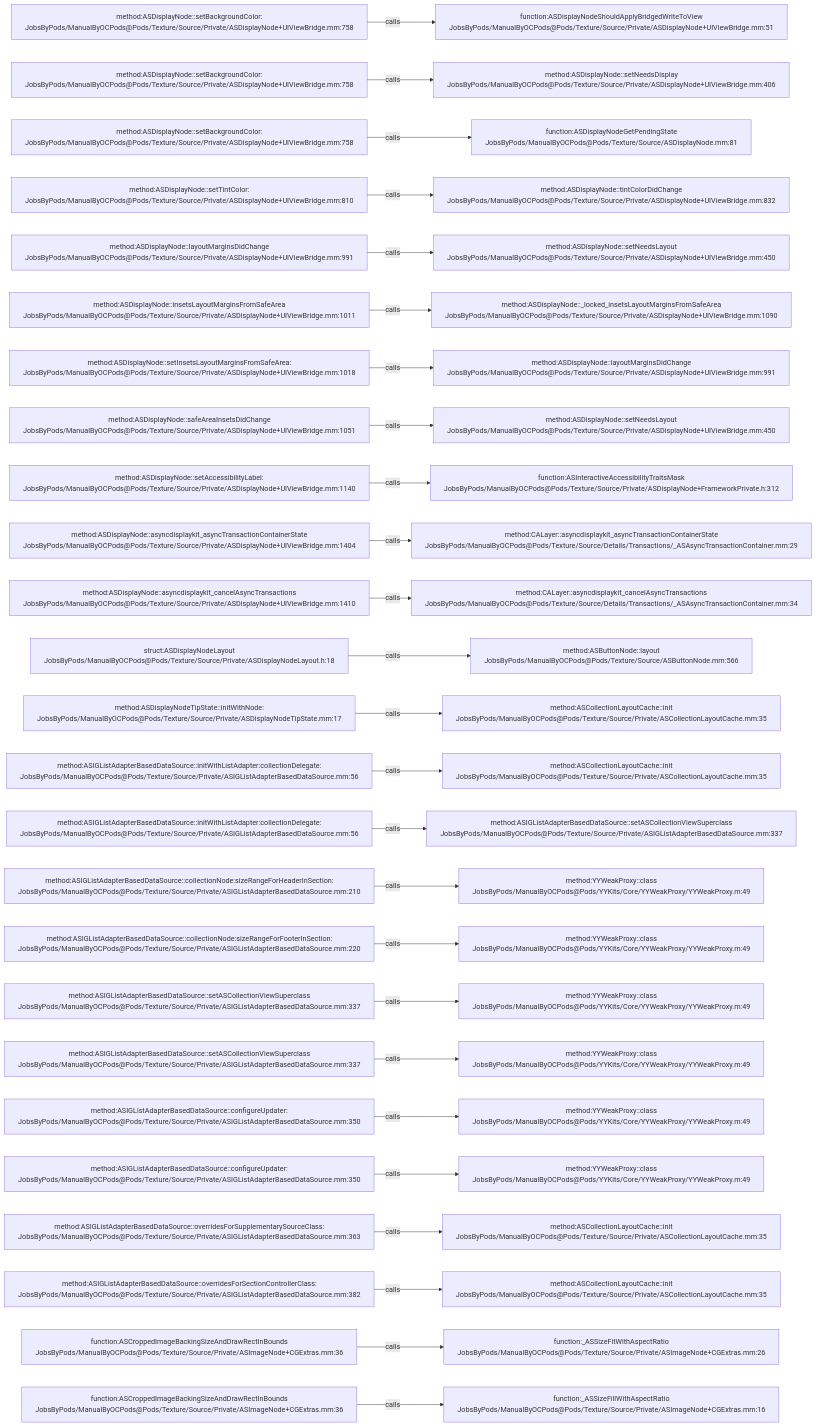
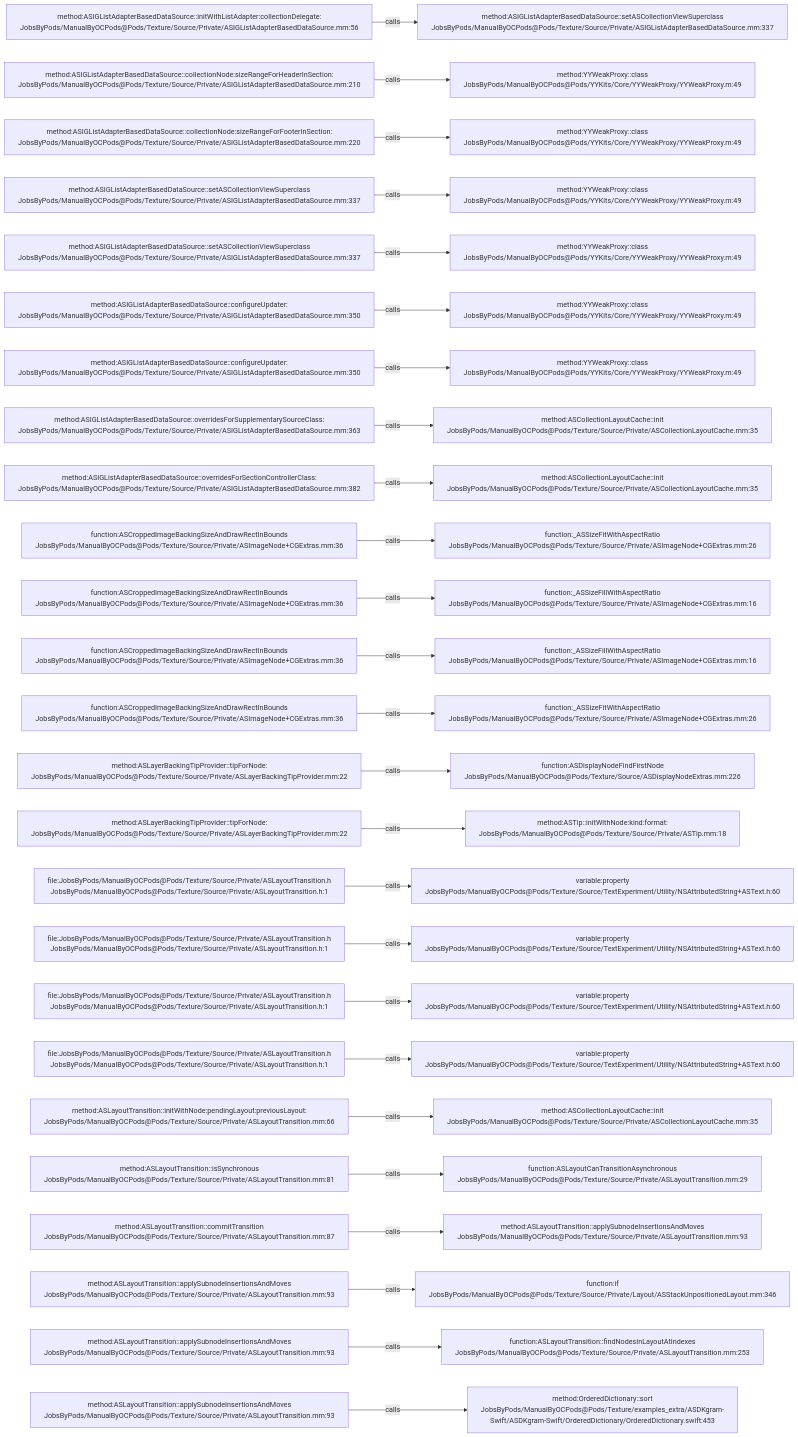
The diagram in .codegraph/codegraph.md/graphs/calls-191.md (JobsKits/JobsOCBaseConfigDemo), drawn with Mermaid before and after one commit. The commit also changed 296 other files, not shown here.

````diff
--- a/.codegraph/codegraph.md/graphs/calls-191.md
+++ b/.codegraph/codegraph.md/graphs/calls-191.md
@@ -13,78 +13,78 @@
 ```mermaid
 flowchart LR
-  S1["method:ASDisplayNode::setBackgroundColor:<br/>JobsByPods/ManualByOCPods@Pods/Texture/Source/Private/ASDisplayNode+UIViewBridge.mm:758"]
-  T1["function:ASDisplayNodeShouldApplyBridgedWriteToView<br/>JobsByPods/ManualByOCPods@Pods/Texture/Source/Private/ASDisplayNode+UIViewBridge.mm:51"]
+  S1["method:ASIGListAdapterBasedDataSource::initWithListAdapter:collectionDelegate:<br/>JobsByPods/ManualByOCPods@Pods/Texture/Source/Private/ASIGListAdapterBasedDataSource.mm:56"]
+  T1["method:ASIGListAdapterBasedDataSource::setASCollectionViewSuperclass<br/>JobsByPods/ManualByOCPods@Pods/Texture/Source/Private/ASIGListAdapterBasedDataSource.mm:337"]
   S1 -->|calls| T1
-  S2["method:ASDisplayNode::setBackgroundColor:<br/>JobsByPods/ManualByOCPods@Pods/Texture/Source/Private/ASDisplayNode+UIViewBridge.mm:758"]
-  T2["method:ASDisplayNode::setNeedsDisplay<br/>JobsByPods/ManualByOCPods@Pods/Texture/Source/Private/ASDisplayNode+UIViewBridge.mm:406"]
+  S2["method:ASIGListAdapterBasedDataSource::collectionNode:sizeRangeForHeaderInSection:<br/>JobsByPods/ManualByOCPods@Pods/Texture/Source/Private/ASIGListAdapterBasedDataSource.mm:210"]
+  T2["method:YYWeakProxy::class<br/>JobsByPods/ManualByOCPods@Pods/YYKits/Core/YYWeakProxy/YYWeakProxy.m:49"]
   S2 -->|calls| T2
-  S3["method:ASDisplayNode::setBackgroundColor:<br/>JobsByPods/ManualByOCPods@Pods/Texture/Source/Private/ASDisplayNode+UIViewBridge.mm:758"]
-  T3["function:ASDisplayNodeGetPendingState<br/>JobsByPods/ManualByOCPods@Pods/Texture/Source/ASDisplayNode.mm:81"]
+  S3["method:ASIGListAdapterBasedDataSource::collectionNode:sizeRangeForFooterInSection:<br/>JobsByPods/ManualByOCPods@Pods/Texture/Source/Private/ASIGListAdapterBasedDataSource.mm:220"]
+  T3["method:YYWeakProxy::class<br/>JobsByPods/ManualByOCPods@Pods/YYKits/Core/YYWeakProxy/YYWeakProxy.m:49"]
   S3 -->|calls| T3
-  S4["method:ASDisplayNode::setTintColor:<br/>JobsByPods/ManualByOCPods@Pods/Texture/Source/Private/ASDisplayNode+UIViewBridge.mm:810"]
-  T4["method:ASDisplayNode::tintColorDidChange<br/>JobsByPods/ManualByOCPods@Pods/Texture/Source/Private/ASDisplayNode+UIViewBridge.mm:832"]
+  S4["method:ASIGListAdapterBasedDataSource::setASCollectionViewSuperclass<br/>JobsByPods/ManualByOCPods@Pods/Texture/Source/Private/ASIGListAdapterBasedDataSource.mm:337"]
+  T4["method:YYWeakProxy::class<br/>JobsByPods/ManualByOCPods@Pods/YYKits/Core/YYWeakProxy/YYWeakProxy.m:49"]
   S4 -->|calls| T4
-  S5["method:ASDisplayNode::layoutMarginsDidChange<br/>JobsByPods/ManualByOCPods@Pods/Texture/Source/Private/ASDisplayNode+UIViewBridge.mm:991"]
-  T5["method:ASDisplayNode::setNeedsLayout<br/>JobsByPods/ManualByOCPods@Pods/Texture/Source/Private/ASDisplayNode+UIViewBridge.mm:450"]
+  S5["method:ASIGListAdapterBasedDataSource::setASCollectionViewSuperclass<br/>JobsByPods/ManualByOCPods@Pods/Texture/Source/Private/ASIGListAdapterBasedDataSource.mm:337"]
+  T5["method:YYWeakProxy::class<br/>JobsByPods/ManualByOCPods@Pods/YYKits/Core/YYWeakProxy/YYWeakProxy.m:49"]
   S5 -->|calls| T5
-  S6["method:ASDisplayNode::insetsLayoutMarginsFromSafeArea<br/>JobsByPods/ManualByOCPods@Pods/Texture/Source/Private/ASDisplayNode+UIViewBridge.mm:1011"]
-  T6["method:ASDisplayNode::_locked_insetsLayoutMarginsFromSafeArea<br/>JobsByPods/ManualByOCPods@Pods/Texture/Source/Private/ASDisplayNode+UIViewBridge.mm:1090"]
+  S6["method:ASIGListAdapterBasedDataSource::configureUpdater:<br/>JobsByPods/ManualByOCPods@Pods/Texture/Source/Private/ASIGListAdapterBasedDataSource.mm:350"]
+  T6["method:YYWeakProxy::class<br/>JobsByPods/ManualByOCPods@Pods/YYKits/Core/YYWeakProxy/YYWeakProxy.m:49"]
   S6 -->|calls| T6
-  S7["method:ASDisplayNode::setInsetsLayoutMarginsFromSafeArea:<br/>JobsByPods/ManualByOCPods@Pods/Texture/Source/Private/ASDisplayNode+UIViewBridge.mm:1018"]
-  T7["method:ASDisplayNode::layoutMarginsDidChange<br/>JobsByPods/ManualByOCPods@Pods/Texture/Source/Private/ASDisplayNode+UIViewBridge.mm:991"]
+  S7["method:ASIGListAdapterBasedDataSource::configureUpdater:<br/>JobsByPods/ManualByOCPods@Pods/Texture/Source/Private/ASIGListAdapterBasedDataSource.mm:350"]
+  T7["method:YYWeakProxy::class<br/>JobsByPods/ManualByOCPods@Pods/YYKits/Core/YYWeakProxy/YYWeakProxy.m:49"]
   S7 -->|calls| T7
-  S8["method:ASDisplayNode::safeAreaInsetsDidChange<br/>JobsByPods/ManualByOCPods@Pods/Texture/Source/Private/ASDisplayNode+UIViewBridge.mm:1051"]
-  T8["method:ASDisplayNode::setNeedsLayout<br/>JobsByPods/ManualByOCPods@Pods/Texture/Source/Private/ASDisplayNode+UIViewBridge.mm:450"]
+  S8["method:ASIGListAdapterBasedDataSource::overridesForSupplementarySourceClass:<br/>JobsByPods/ManualByOCPods@Pods/Texture/Source/Private/ASIGListAdapterBasedDataSource.mm:363"]
+  T8["method:ASCollectionLayoutCache::init<br/>JobsByPods/ManualByOCPods@Pods/Texture/Source/Private/ASCollectionLayoutCache.mm:35"]
   S8 -->|calls| T8
-  S9["method:ASDisplayNode::setAccessibilityLabel:<br/>JobsByPods/ManualByOCPods@Pods/Texture/Source/Private/ASDisplayNode+UIViewBridge.mm:1140"]
-  T9["function:ASInteractiveAccessibilityTraitsMask<br/>JobsByPods/ManualByOCPods@Pods/Texture/Source/Private/ASDisplayNode+FrameworkPrivate.h:312"]
+  S9["method:ASIGListAdapterBasedDataSource::overridesForSectionControllerClass:<br/>JobsByPods/ManualByOCPods@Pods/Texture/Source/Private/ASIGListAdapterBasedDataSource.mm:382"]
+  T9["method:ASCollectionLayoutCache::init<br/>JobsByPods/ManualByOCPods@Pods/Texture/Source/Private/ASCollectionLayoutCache.mm:35"]
   S9 -->|calls| T9
-  S10["method:ASDisplayNode::asyncdisplaykit_asyncTransactionContainerState<br/>JobsByPods/ManualByOCPods@Pods/Texture/Source/Private/ASDisplayNode+UIViewBridge.mm:1404"]
-  T10["method:CALayer::asyncdisplaykit_asyncTransactionContainerState<br/>JobsByPods/ManualByOCPods@Pods/Texture/Source/Details/Transactions/_ASAsyncTransactionContainer.mm:29"]
+  S10["function:ASCroppedImageBackingSizeAndDrawRectInBounds<br/>JobsByPods/ManualByOCPods@Pods/Texture/Source/Private/ASImageNode+CGExtras.mm:36"]
+  T10["function:_ASSizeFitWithAspectRatio<br/>JobsByPods/ManualByOCPods@Pods/Texture/Source/Private/ASImageNode+CGExtras.mm:26"]
   S10 -->|calls| T10
-  S11["method:ASDisplayNode::asyncdisplaykit_cancelAsyncTransactions<br/>JobsByPods/ManualByOCPods@Pods/Texture/Source/Private/ASDisplayNode+UIViewBridge.mm:1410"]
-  T11["method:CALayer::asyncdisplaykit_cancelAsyncTransactions<br/>JobsByPods/ManualByOCPods@Pods/Texture/Source/Details/Transactions/_ASAsyncTransactionContainer.mm:34"]
+  S11["function:ASCroppedImageBackingSizeAndDrawRectInBounds<br/>JobsByPods/ManualByOCPods@Pods/Texture/Source/Private/ASImageNode+CGExtras.mm:36"]
+  T11["function:_ASSizeFillWithAspectRatio<br/>JobsByPods/ManualByOCPods@Pods/Texture/Source/Private/ASImageNode+CGExtras.mm:16"]
   S11 -->|calls| T11
-  S12["struct:ASDisplayNodeLayout<br/>JobsByPods/ManualByOCPods@Pods/Texture/Source/Private/ASDisplayNodeLayout.h:18"]
-  T12["method:ASButtonNode::layout<br/>JobsByPods/ManualByOCPods@Pods/Texture/Source/ASButtonNode.mm:566"]
+  S12["function:ASCroppedImageBackingSizeAndDrawRectInBounds<br/>JobsByPods/ManualByOCPods@Pods/Texture/Source/Private/ASImageNode+CGExtras.mm:36"]
+  T12["function:_ASSizeFillWithAspectRatio<br/>JobsByPods/ManualByOCPods@Pods/Texture/Source/Private/ASImageNode+CGExtras.mm:16"]
   S12 -->|calls| T12
-  S13["method:ASDisplayNodeTipState::initWithNode:<br/>JobsByPods/ManualByOCPods@Pods/Texture/Source/Private/ASDisplayNodeTipState.mm:17"]
-  T13["method:ASCollectionLayoutCache::init<br/>JobsByPods/ManualByOCPods@Pods/Texture/Source/Private/ASCollectionLayoutCache.mm:35"]
+  S13["function:ASCroppedImageBackingSizeAndDrawRectInBounds<br/>JobsByPods/ManualByOCPods@Pods/Texture/Source/Private/ASImageNode+CGExtras.mm:36"]
+  T13["function:_ASSizeFitWithAspectRatio<br/>JobsByPods/ManualByOCPods@Pods/Texture/Source/Private/ASImageNode+CGExtras.mm:26"]
   S13 -->|calls| T13
-  S14["method:ASIGListAdapterBasedDataSource::initWithListAdapter:collectionDelegate:<br/>JobsByPods/ManualByOCPods@Pods/Texture/Source/Private/ASIGListAdapterBasedDataSource.mm:56"]
-  T14["method:ASCollectionLayoutCache::init<br/>JobsByPods/ManualByOCPods@Pods/Texture/Source/Private/ASCollectionLayoutCache.mm:35"]
+  S14["method:ASLayerBackingTipProvider::tipForNode:<br/>JobsByPods/ManualByOCPods@Pods/Texture/Source/Private/ASLayerBackingTipProvider.mm:22"]
+  T14["function:ASDisplayNodeFindFirstNode<br/>JobsByPods/ManualByOCPods@Pods/Texture/Source/ASDisplayNodeExtras.mm:226"]
   S14 -->|calls| T14
-  S15["method:ASIGListAdapterBasedDataSource::initWithListAdapter:collectionDelegate:<br/>JobsByPods/ManualByOCPods@Pods/Texture/Source/Private/ASIGListAdapterBasedDataSource.mm:56"]
-  T15["method:ASIGListAdapterBasedDataSource::setASCollectionViewSuperclass<br/>JobsByPods/ManualByOCPods@Pods/Texture/Source/Private/ASIGListAdapterBasedDataSource.mm:337"]
+  S15["method:ASLayerBackingTipProvider::tipForNode:<br/>JobsByPods/ManualByOCPods@Pods/Texture/Source/Private/ASLayerBackingTipProvider.mm:22"]
+  T15["method:ASTip::initWithNode:kind:format:<br/>JobsByPods/ManualByOCPods@Pods/Texture/Source/Private/ASTip.mm:18"]
   S15 -->|calls| T15
-  S16["method:ASIGListAdapterBasedDataSource::collectionNode:sizeRangeForHeaderInSection:<br/>JobsByPods/ManualByOCPods@Pods/Texture/Source/Private/ASIGListAdapterBasedDataSource.mm:210"]
-  T16["method:YYWeakProxy::class<br/>JobsByPods/ManualByOCPods@Pods/YYKits/Core/YYWeakProxy/YYWeakProxy.m:49"]
+  S16["file:JobsByPods/ManualByOCPods@Pods/Texture/Source/Private/ASLayoutTransition.h<br/>JobsByPods/ManualByOCPods@Pods/Texture/Source/Private/ASLayoutTransition.h:1"]
+  T16["variable:property<br/>JobsByPods/ManualByOCPods@Pods/Texture/Source/TextExperiment/Utility/NSAttributedString+ASText.h:60"]
   S16 -->|calls| T16
-  S17["method:ASIGListAdapterBasedDataSource::collectionNode:sizeRangeForFooterInSection:<br/>JobsByPods/ManualByOCPods@Pods/Texture/Source/Private/ASIGListAdapterBasedDataSource.mm:220"]
-  T17["method:YYWeakProxy::class<br/>JobsByPods/ManualByOCPods@Pods/YYKits/Core/YYWeakProxy/YYWeakProxy.m:49"]
+  S17["file:JobsByPods/ManualByOCPods@Pods/Texture/Source/Private/ASLayoutTransition.h<br/>JobsByPods/ManualByOCPods@Pods/Texture/Source/Private/ASLayoutTransition.h:1"]
+  T17["variable:property<br/>JobsByPods/ManualByOCPods@Pods/Texture/Source/TextExperiment/Utility/NSAttributedString+ASText.h:60"]
   S17 -->|calls| T17
-  S18["method:ASIGListAdapterBasedDataSource::setASCollectionViewSuperclass<br/>JobsByPods/ManualByOCPods@Pods/Texture/Source/Private/ASIGListAdapterBasedDataSource.mm:337"]
-  T18["method:YYWeakProxy::class<br/>JobsByPods/ManualByOCPods@Pods/YYKits/Core/YYWeakProxy/YYWeakProxy.m:49"]
+  S18["file:JobsByPods/ManualByOCPods@Pods/Texture/Source/Private/ASLayoutTransition.h<br/>JobsByPods/ManualByOCPods@Pods/Texture/Source/Private/ASLayoutTransition.h:1"]
+  T18["variable:property<br/>JobsByPods/ManualByOCPods@Pods/Texture/Source/TextExperiment/Utility/NSAttributedString+ASText.h:60"]
   S18 -->|calls| T18
-  S19["method:ASIGListAdapterBasedDataSource::setASCollectionViewSuperclass<br/>JobsByPods/ManualByOCPods@Pods/Texture/Source/Private/ASIGListAdapterBasedDataSource.mm:337"]
-  T19["method:YYWeakProxy::class<br/>JobsByPods/ManualByOCPods@Pods/YYKits/Core/YYWeakProxy/YYWeakProxy.m:49"]
+  S19["file:JobsByPods/ManualByOCPods@Pods/Texture/Source/Private/ASLayoutTransition.h<br/>JobsByPods/ManualByOCPods@Pods/Texture/Source/Private/ASLayoutTransition.h:1"]
+  T19["variable:property<br/>JobsByPods/ManualByOCPods@Pods/Texture/Source/TextExperiment/Utility/NSAttributedString+ASText.h:60"]
   S19 -->|calls| T19
-  S20["method:ASIGListAdapterBasedDataSource::configureUpdater:<br/>JobsByPods/ManualByOCPods@Pods/Texture/Source/Private/ASIGListAdapterBasedDataSource.mm:350"]
-  T20["method:YYWeakProxy::class<br/>JobsByPods/ManualByOCPods@Pods/YYKits/Core/YYWeakProxy/YYWeakProxy.m:49"]
+  S20["method:ASLayoutTransition::initWithNode:pendingLayout:previousLayout:<br/>JobsByPods/ManualByOCPods@Pods/Texture/Source/Private/ASLayoutTransition.mm:66"]
+  T20["method:ASCollectionLayoutCache::init<br/>JobsByPods/ManualByOCPods@Pods/Texture/Source/Private/ASCollectionLayoutCache.mm:35"]
   S20 -->|calls| T20
-  S21["method:ASIGListAdapterBasedDataSource::configureUpdater:<br/>JobsByPods/ManualByOCPods@Pods/Texture/Source/Private/ASIGListAdapterBasedDataSource.mm:350"]
-  T21["method:YYWeakProxy::class<br/>JobsByPods/ManualByOCPods@Pods/YYKits/Core/YYWeakProxy/YYWeakProxy.m:49"]
+  S21["method:ASLayoutTransition::isSynchronous<br/>JobsByPods/ManualByOCPods@Pods/Texture/Source/Private/ASLayoutTransition.mm:81"]
+  T21["function:ASLayoutCanTransitionAsynchronous<br/>JobsByPods/ManualByOCPods@Pods/Texture/Source/Private/ASLayoutTransition.mm:29"]
   S21 -->|calls| T21
-  S22["method:ASIGListAdapterBasedDataSource::overridesForSupplementarySourceClass:<br/>JobsByPods/ManualByOCPods@Pods/Texture/Source/Private/ASIGListAdapterBasedDataSource.mm:363"]
-  T22["method:ASCollectionLayoutCache::init<br/>JobsByPods/ManualByOCPods@Pods/Texture/Source/Private/ASCollectionLayoutCache.mm:35"]
+  S22["method:ASLayoutTransition::commitTransition<br/>JobsByPods/ManualByOCPods@Pods/Texture/Source/Private/ASLayoutTransition.mm:87"]
+  T22["method:ASLayoutTransition::applySubnodeInsertionsAndMoves<br/>JobsByPods/ManualByOCPods@Pods/Texture/Source/Private/ASLayoutTransition.mm:93"]
   S22 -->|calls| T22
-  S23["method:ASIGListAdapterBasedDataSource::overridesForSectionControllerClass:<br/>JobsByPods/ManualByOCPods@Pods/Texture/Source/Private/ASIGListAdapterBasedDataSource.mm:382"]
-  T23["method:ASCollectionLayoutCache::init<br/>JobsByPods/ManualByOCPods@Pods/Texture/Source/Private/ASCollectionLayoutCache.mm:35"]
+  S23["method:ASLayoutTransition::applySubnodeInsertionsAndMoves<br/>JobsByPods/ManualByOCPods@Pods/Texture/Source/Private/ASLayoutTransition.mm:93"]
+  T23["function:if<br/>JobsByPods/ManualByOCPods@Pods/Texture/Source/Private/Layout/ASStackUnpositionedLayout.mm:346"]
   S23 -->|calls| T23
-  S24["function:ASCroppedImageBackingSizeAndDrawRectInBounds<br/>JobsByPods/ManualByOCPods@Pods/Texture/Source/Private/ASImageNode+CGExtras.mm:36"]
-  T24["function:_ASSizeFitWithAspectRatio<br/>JobsByPods/ManualByOCPods@Pods/Texture/Source/Private/ASImageNode+CGExtras.mm:26"]
+  S24["method:ASLayoutTransition::applySubnodeInsertionsAndMoves<br/>JobsByPods/ManualByOCPods@Pods/Texture/Source/Private/ASLayoutTransition.mm:93"]
+  T24["function:ASLayoutTransition::findNodesInLayoutAtIndexes<br/>JobsByPods/ManualByOCPods@Pods/Texture/Source/Private/ASLayoutTransition.mm:253"]
   S24 -->|calls| T24
-  S25["function:ASCroppedImageBackingSizeAndDrawRectInBounds<br/>JobsByPods/ManualByOCPods@Pods/Texture/Source/Private/ASImageNode+CGExtras.mm:36"]
-  T25["function:_ASSizeFillWithAspectRatio<br/>JobsByPods/ManualByOCPods@Pods/Texture/Source/Private/ASImageNode+CGExtras.mm:16"]
+  S25["method:ASLayoutTransition::applySubnodeInsertionsAndMoves<br/>JobsByPods/ManualByOCPods@Pods/Texture/Source/Private/ASLayoutTransition.mm:93"]
+  T25["method:OrderedDictionary::sort<br/>JobsByPods/ManualByOCPods@Pods/Texture/examples_extra/ASDKgram-Swift/ASDKgram-Swift/OrderedDictionary/OrderedDictionary.swift:453"]
   S25 -->|calls| T25
 ```
````
